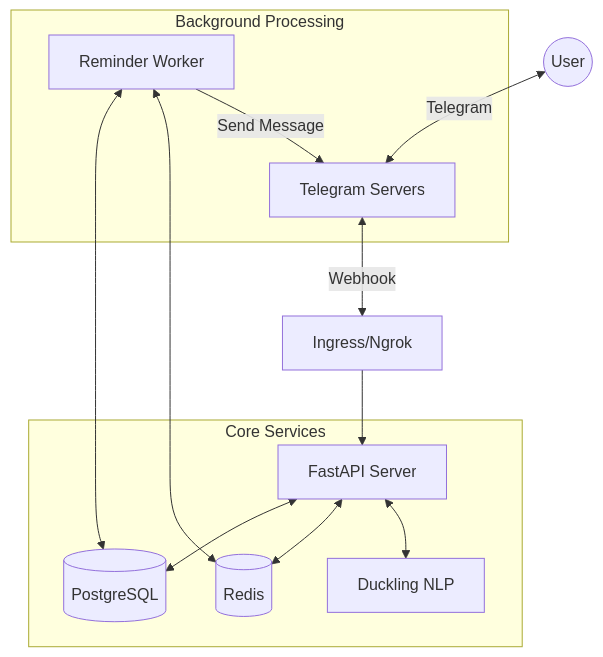
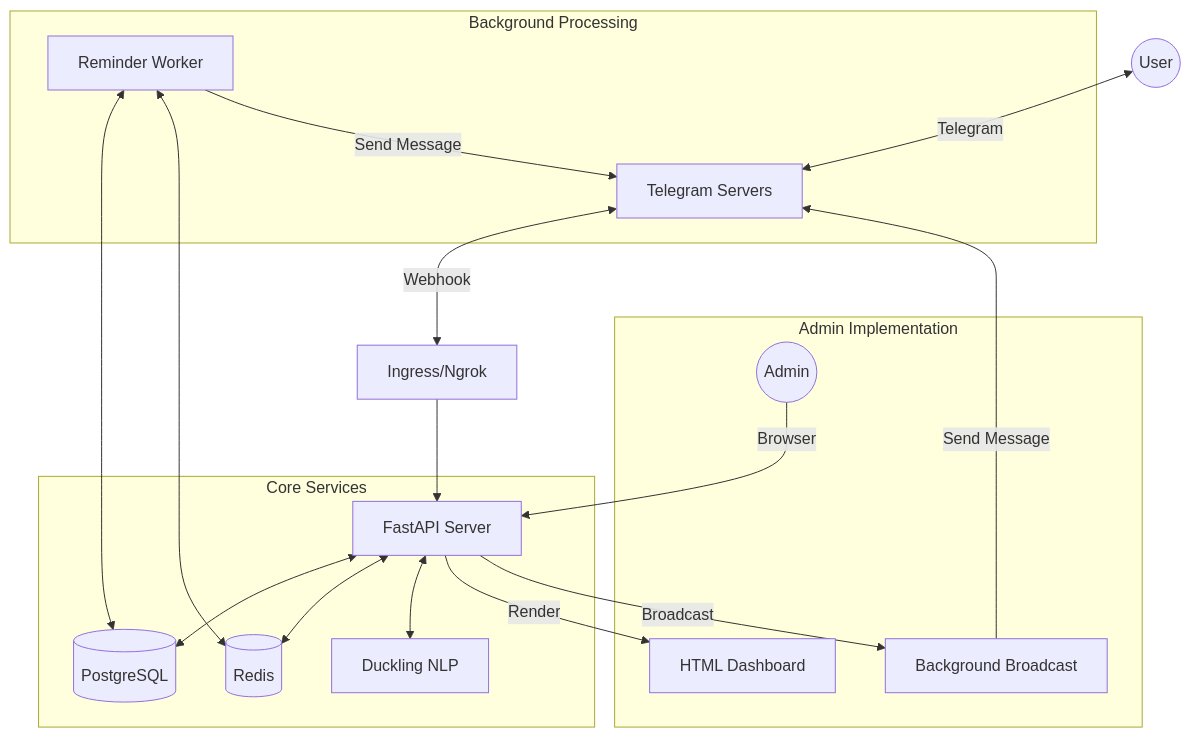
The diagram in README.md (Harshilmalhotra/memvix), drawn with Mermaid before and after one commit. The commit also changed other lines of this file, not shown here.

````diff
--- a/README.md
+++ b/README.md
@@ -17,18 +17,25 @@
 ```mermaid
 graph TD
     User((User)) <-->|Telegram| TG[Telegram Servers]
     TG <-->|Webhook| Ingress[Ingress/Ngrok]
     Ingress --> API[FastAPI Server]
     
     subgraph Core Services
         API <--> DB[(PostgreSQL)]
         API <--> Cache[(Redis)]
         API <--> NLP[Duckling NLP]
     end
     
+    subgraph Admin Implementation
+        Admin((Admin)) -->|Browser| API
+        API -->|Render| MissionControl[HTML Dashboard]
+        API -->|Broadcast| BroadcastTask[Background Broadcast]
+    end
+    
     subgraph Background Processing
         Worker[Reminder Worker] <--> DB
         Worker <--> Cache
         Worker -->|Send Message| TG
+        BroadcastTask -->|Send Message| TG
     end
 ```
````
